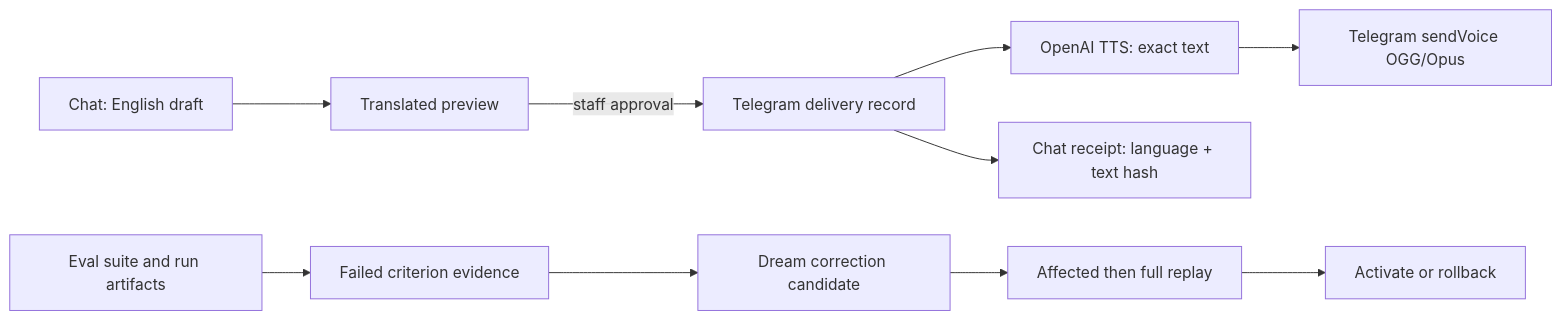
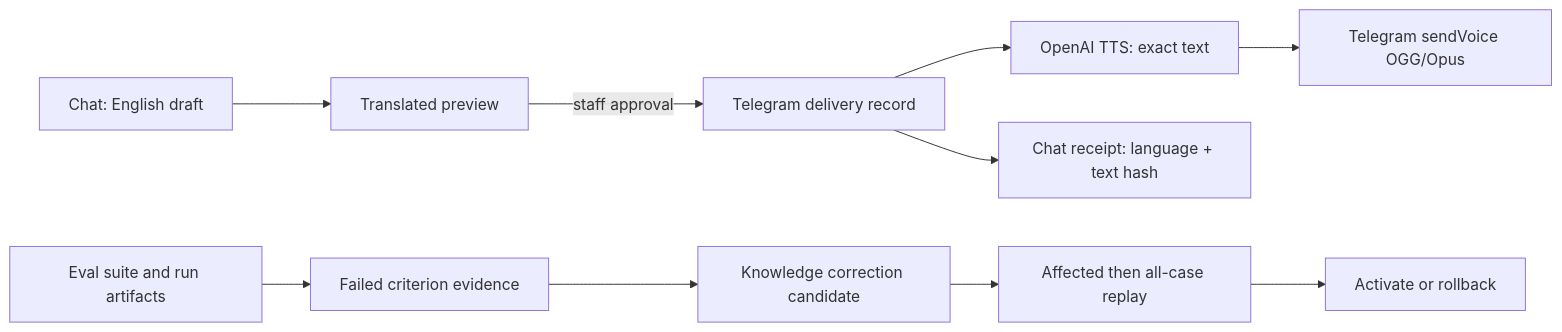
One commit to BryanTheLai/codex-july-hackathon-official changed the diagram in .tmp/2026-07-16-mvp-readiness-audit.md. Above: the diagram before and after it, drawn with Mermaid. The commit also changed other lines of this file and 139 other files, not shown here.

````diff
--- a/.tmp/2026-07-16-mvp-readiness-audit.md
+++ b/.tmp/2026-07-16-mvp-readiness-audit.md
@@ -33,12 +33,12 @@
 ```mermaid
 flowchart LR
   Chat[Chat: English draft] --> Preview[Translated preview]
   Preview -->|staff approval| Delivery[Telegram delivery record]
   Delivery --> TTS[OpenAI TTS: exact text]
   TTS --> TG[Telegram sendVoice OGG/Opus]
   Delivery --> Receipt[Chat receipt: language + text hash]
   Eval[Eval suite and run artifacts] --> Failure[Failed criterion evidence]
-  Failure --> Dream[Dream correction candidate]
-  Dream --> Replay[Affected then full replay]
+  Failure --> Knowledge[Knowledge correction candidate]
+  Knowledge --> Replay[Affected then all-case replay]
   Replay --> Activate[Activate or rollback]
 ```
````
